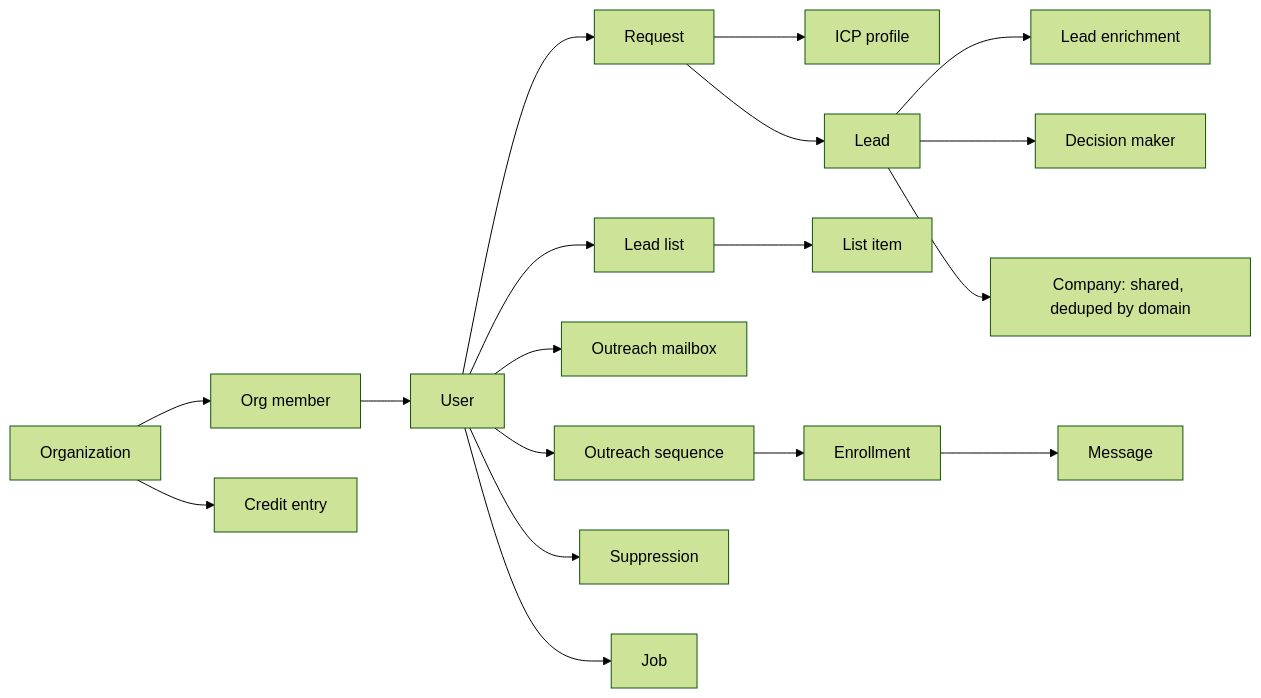
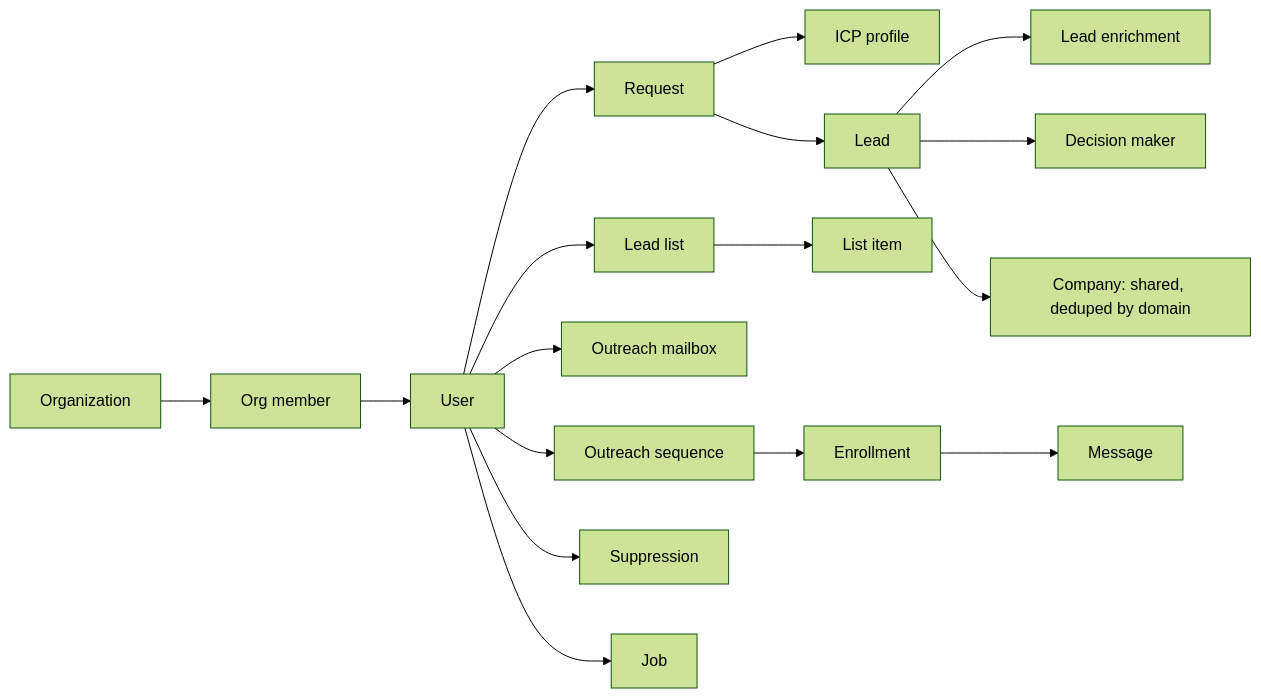
Before and after one commit to ManojAbhiram/quarry: the sixth of 7 diagrams in docs/product/02-System-Design.md, drawn with Mermaid (forest theme). The commit also changed other lines of this file and 26 other files, not shown here.

````diff
--- a/docs/product/02-System-Design.md
+++ b/docs/product/02-System-Design.md
@@ -297,20 +278,19 @@
 ```mermaid title="Core entities" page=portrait
 flowchart LR
   ORG[Organization] --> MEM[Org member]
-  ORG --> CRE[Credit entry]
   MEM --> USER[User]
   USER --> REQ[Request]
   REQ --> ICP[ICP profile]
   REQ --> LEAD[Lead]
   LEAD --> ENR[Lead enrichment]
   LEAD --> DM[Decision maker]
   LEAD --> CO[Company: shared, deduped by domain]
   USER --> LST[Lead list]
   LST --> ITM[List item]
   USER --> MB[Outreach mailbox]
   USER --> SEQ[Outreach sequence]
   SEQ --> ENL[Enrollment]
   ENL --> MSG[Message]
   USER --> SUP[Suppression]
   USER --> JOB[Job]
 ```
````
